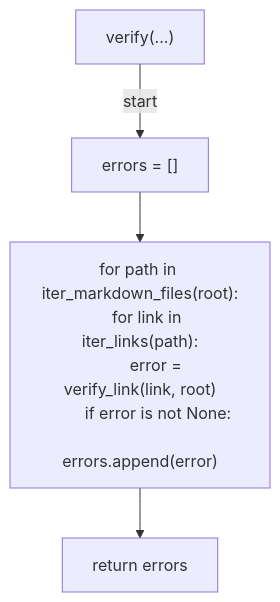
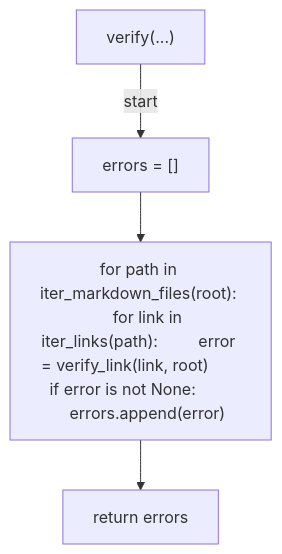
Before and after one commit to tvna/claude-md: diagram 11 of 14 in docs/generated/scripts/ast/scan_markdown_links.md, drawn with Mermaid. The commit also changed other lines of this file and 29 other files, not shown here.

First line of the commit message:
docs(generated): regenerate decision tree and workflow diagrams (batch 3/5)

````diff
--- a/docs/generated/scripts/ast/scan_markdown_links.md
+++ b/docs/generated/scripts/ast/scan_markdown_links.md
@@ -218,14 +202,10 @@
 ```mermaid
 flowchart TD
     N001["verify(...)"]
     N002["errors = []"]
-    N003["for path in iter_markdown_files(root):
-    for link in iter_links(path):
-        error = verify_link(link, root)
-        if error is not None:
-            errors.append(error)"]
+    N003["for path in iter_markdown_files(root):     for link in iter_links(path):         error = verify_link(link, root)         if error is not None:             errors.append(error)"]
     N004["return errors"]
     N001 -->|"start"| N002
     N002 --> N003
     N003 --> N004
 ```
````
